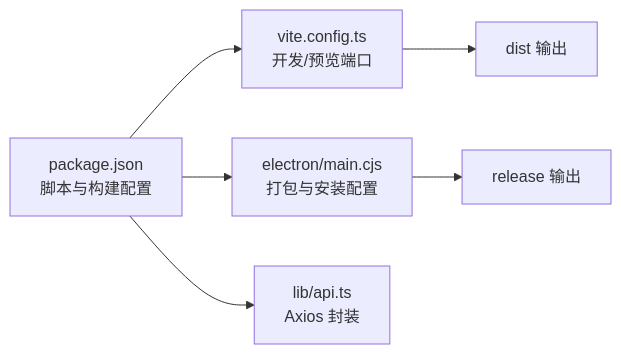
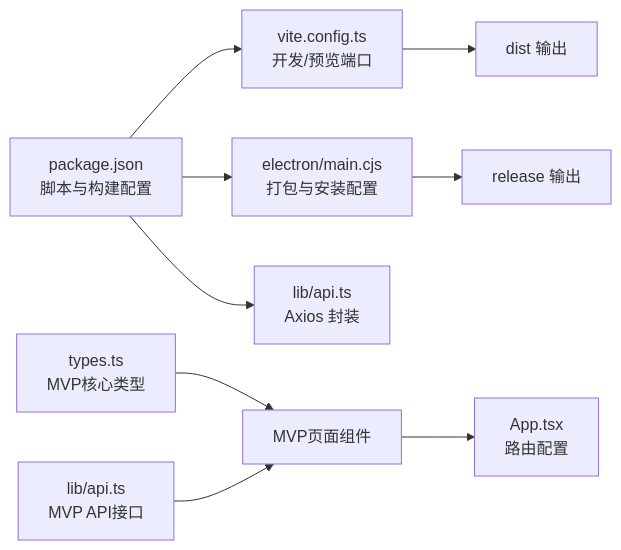
One commit to dream-ze/AI_huoke- changed diagram 12 of 12 in .qoder/repowiki/zh/content/前端应用架构/前端应用架构.md. Above: the diagram before and after it, drawn with Mermaid. The commit also changed other lines of this file and 25 other files, not shown here.

````diff
--- a/.qoder/repowiki/zh/content/前端应用架构/前端应用架构.md
+++ b/.qoder/repowiki/zh/content/前端应用架构/前端应用架构.md
@@ -380,8 +602,11 @@
 ```mermaid
 graph LR
 Pkg["package.json<br/>脚本与构建配置"] --> Vite["vite.config.ts<br/>开发/预览端口"]
 Pkg --> Electron["electron/main.cjs<br/>打包与安装配置"]
 Pkg --> Axios["lib/api.ts<br/>Axios 封装"]
 Vite --> Build["dist 输出"]
 Electron --> Dist["release 输出"]
+Types["types.ts<br/>MVP核心类型"] --> Components["MVP页面组件"]
+API["lib/api.ts<br/>MVP API接口"] --> Components
+Components --> Router["App.tsx<br/>路由配置"]
 ```
````
